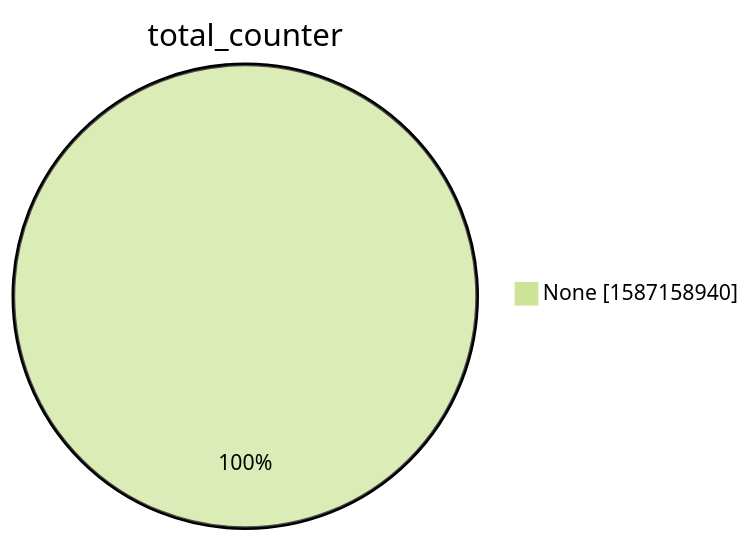
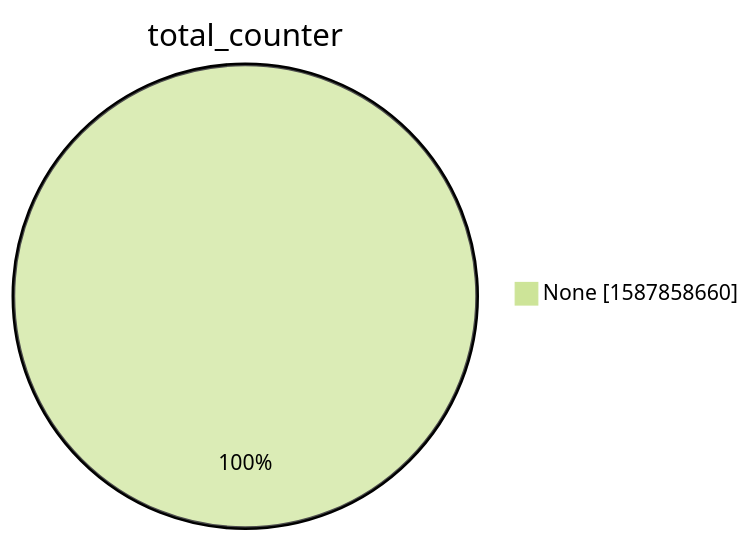
One commit to christiankrug/ctmonitor_visualization changed the second of 15 diagrams in xenon2022/README.md. Above: the diagram before and after it, drawn with Mermaid (forest theme). The commit also changed other lines of this file, not shown here.

````diff
--- a/xenon2022/README.md
+++ b/xenon2022/README.md
@@ -9,5 +9,5 @@
 ```mermaid
 pie showData
 title total_counter
-"None" :1587158940
+"None" :1587858660
 ```
````
